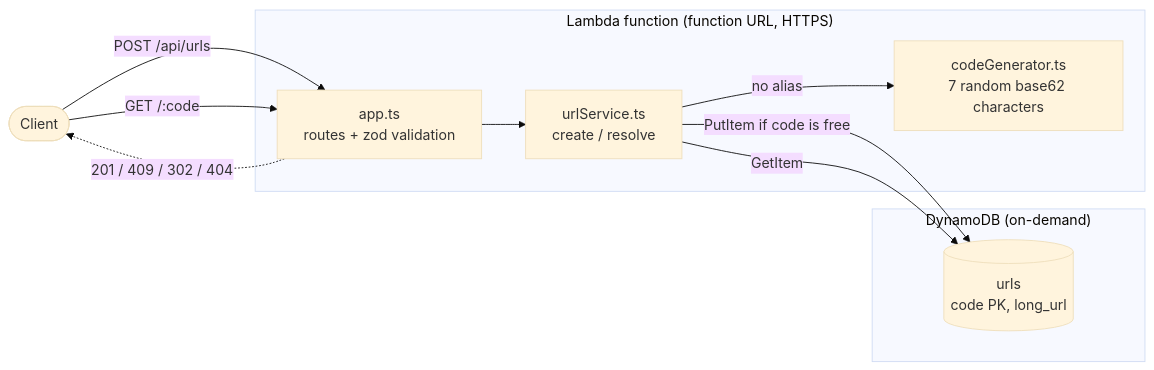
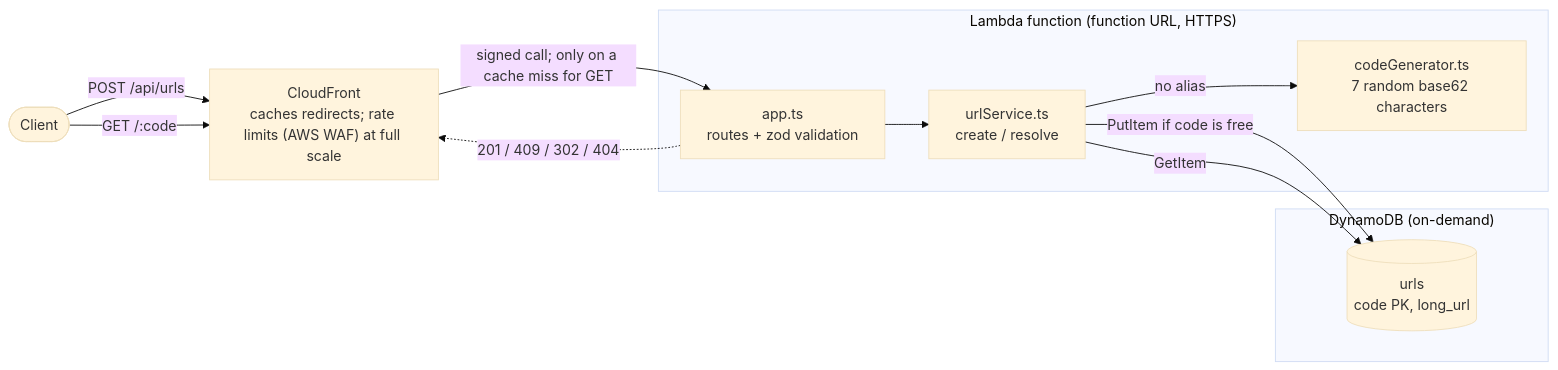
One commit to curiousdirection/url-shortener changed the diagram in README.md. Above: the diagram before and after it, drawn with Mermaid (base theme). The commit also changed other lines of this file and 19 other files, not shown here.

First line of the commit message:
Put CloudFront in front of the function (#29)

````diff
--- a/README.md
+++ b/README.md
@@ -7,23 +7,25 @@
 ```mermaid
 flowchart LR
     client([Client])
+    cdn["CloudFront<br/>caches redirects; rate limits (AWS WAF) at full scale"]
 
     subgraph lambda["Lambda function (function URL, HTTPS)"]
         routes["app.ts<br/>routes + zod validation"]
         service["urlService.ts<br/>create / resolve"]
         gen["codeGenerator.ts<br/>7 random base62 characters"]
         routes --> service
         service -->|"no alias"| gen
     end
 
     subgraph ddb["DynamoDB (on-demand)"]
         urls[("urls<br/>code PK, long_url")]
     end
 
-    client -->|"POST /api/urls"| routes
-    client -->|"GET /:code"| routes
-    routes -.->|"201 / 409 / 302 / 404"| client
+    client -->|"POST /api/urls"| cdn
+    client -->|"GET /:code"| cdn
+    cdn -->|"signed call; only on a cache miss for GET"| routes
+    routes -.->|"201 / 409 / 302 / 404"| cdn
 
     service -->|"PutItem if code is free"| urls
     service -->|"GetItem"| urls
 ```
````
